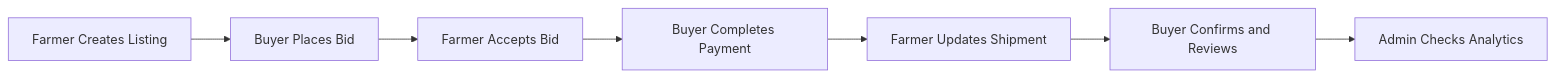
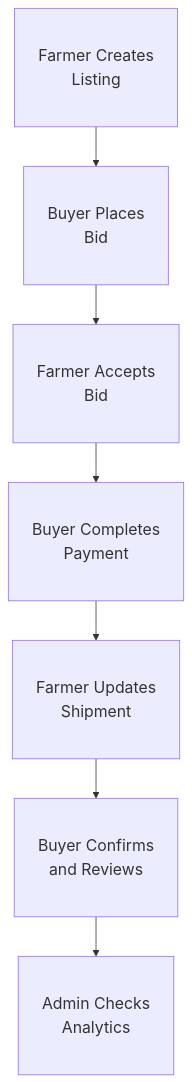
The fourth of 4 diagrams in README.md (tareqferdous/agrolink-frontend), drawn with Mermaid before and after one commit. The commit also changed other lines of this file, not shown here.

````diff
--- a/README.md
+++ b/README.md
@@ -66,9 +81,14 @@
 ```mermaid
-flowchart LR
-	D1[Farmer Creates Listing] --> D2[Buyer Places Bid]
-	D2 --> D3[Farmer Accepts Bid]
-	D3 --> D4[Buyer Completes Payment]
-	D4 --> D5[Farmer Updates Shipment]
-	D5 --> D6[Buyer Confirms and Reviews]
-	D6 --> D7[Admin Checks Analytics]
+%%{init: {"themeVariables": {"fontSize": "20px"}}}%%
+flowchart TB
+	classDef big font-size:20px,padding:16px;
+
+	D1[Farmer Creates<br/>Listing] --> D2[Buyer Places<br/>Bid]
+	D2 --> D3[Farmer Accepts<br/>Bid]
+	D3 --> D4[Buyer Completes<br/>Payment]
+	D4 --> D5[Farmer Updates<br/>Shipment]
+	D5 --> D6[Buyer Confirms<br/>and Reviews]
+	D6 --> D7[Admin Checks<br/>Analytics]
+
+	class D1,D2,D3,D4,D5,D6,D7 big;
 ```
````
